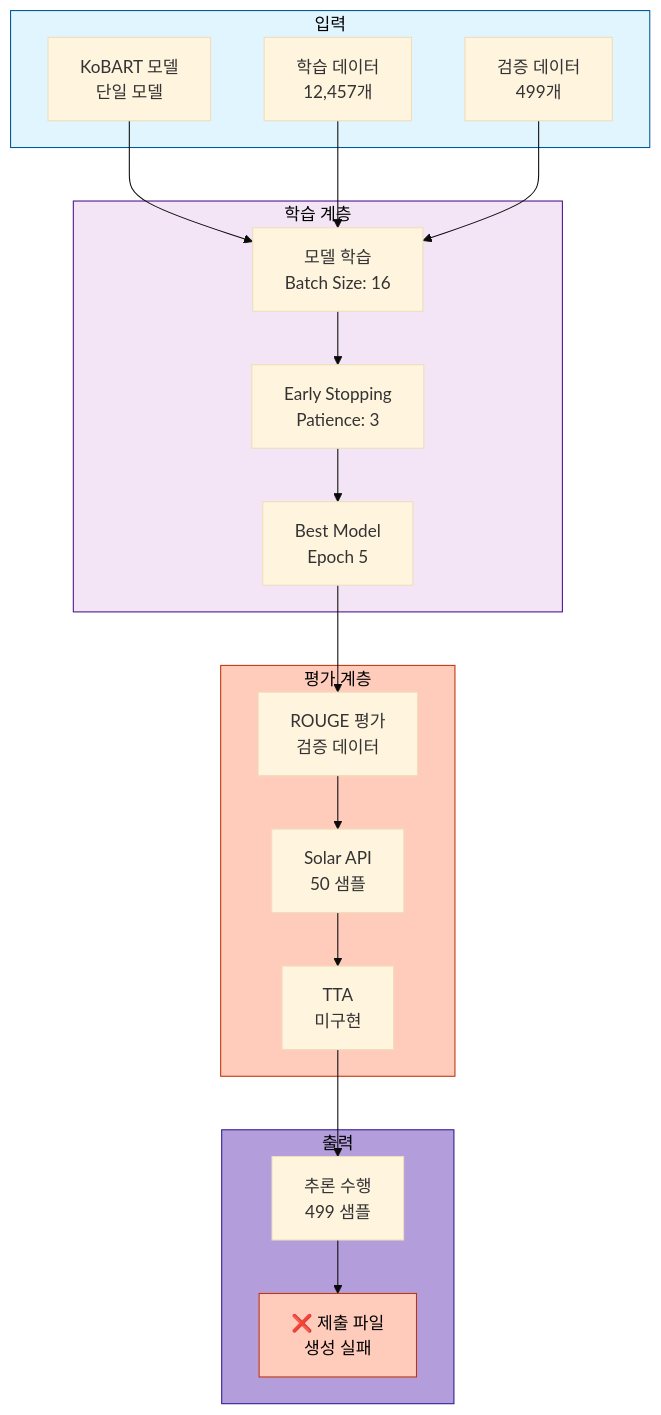
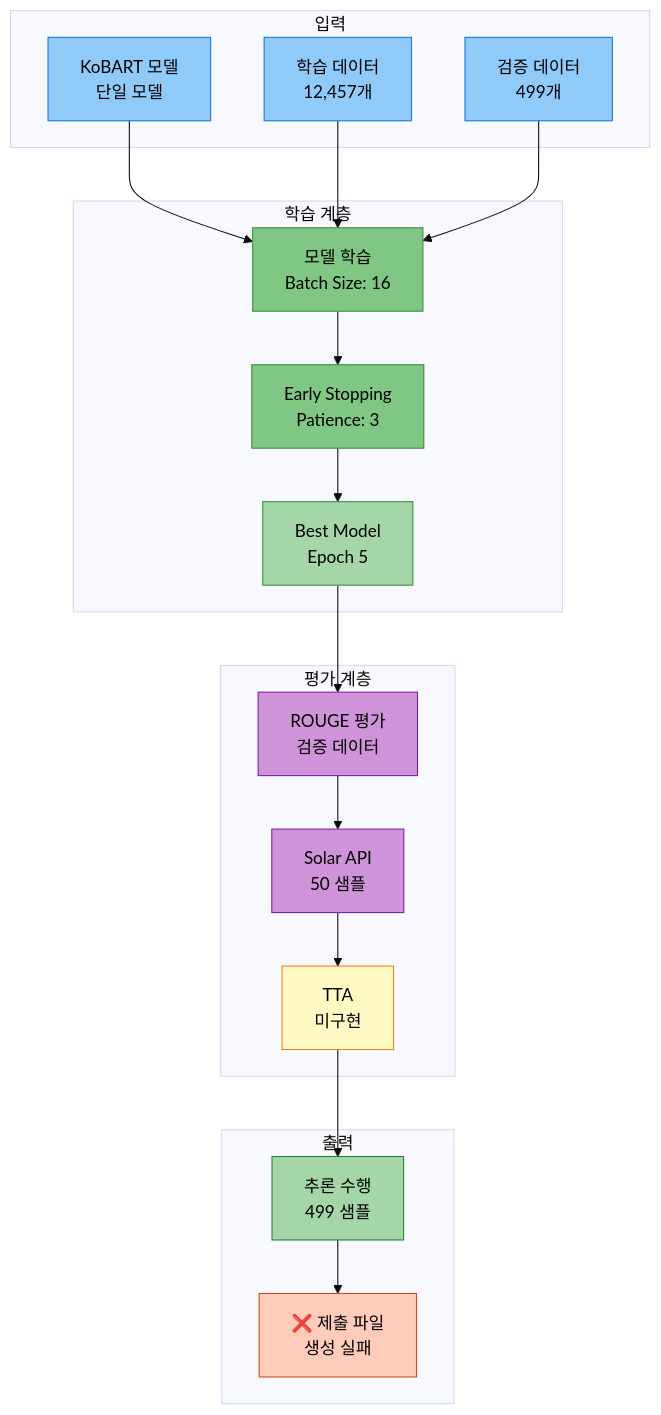
Before and after one commit to AIBootcamp14/naturallanguageprocessingcompetition-nlp-1: the first of 15 diagrams in docs/experiments/20251013_111525_strategy1_kobart_optimized_실험분석.md, drawn with Mermaid (base theme). The commit also changed other lines of this file, not shown here.

Commit message:
fix: 실험 분석 문서 mermaid 스타일 수정   - 모든 mermaid 다이어그램을 개별 노드 스타일 형식으로 변경   - subgraph 스타일 제거, 개별 노드별 색상 적용   - 20251012 문서 스타일 형식에 맞춰 통일   - experiments_style.md의 모든 예시 코드도 동일하게 수정

````diff
--- a/docs/experiments/20251013_111525_strategy1_kobart_optimized_실험분석.md
+++ b/docs/experiments/20251013_111525_strategy1_kobart_optimized_실험분석.md
@@ -25,45 +25,50 @@
 ```mermaid
 graph TB
     subgraph Input["입력"]
         A[KoBART 모델<br/>단일 모델]
         B[학습 데이터<br/>12,457개]
         C[검증 데이터<br/>499개]
     end
 
     subgraph Training["학습 계층"]
         D[모델 학습<br/>Batch Size: 16]
         E[Early Stopping<br/>Patience: 3]
         F[Best Model<br/>Epoch 5]
     end
 
     subgraph Evaluation["평가 계층"]
         G[ROUGE 평가<br/>검증 데이터]
         H[Solar API<br/>50 샘플]
         I[TTA<br/>미구현]
     end
 
     subgraph Output["출력"]
         J[추론 수행<br/>499 샘플]
         K[❌ 제출 파일<br/>생성 실패]
     end
 
     A --> D
     B --> D
     C --> D
 
     D --> E
     E --> F
     F --> G
     G --> H
     H --> I
 
     I --> J
     J --> K
 
-    style Input fill:#e1f5ff,stroke:#01579b,color:#000
-    style Training fill:#f3e5f5,stroke:#4a148c,color:#000
-    style Evaluation fill:#ffccbc,stroke:#bf360c,color:#000
-    style Output fill:#b39ddb,stroke:#311b92,color:#000
-
-    style K fill:#ffccbc,stroke:#bf360c,color:#000
+    style A fill:#90caf9,stroke:#1976d2,color:#000
+    style B fill:#90caf9,stroke:#1976d2,color:#000
+    style C fill:#90caf9,stroke:#1976d2,color:#000
+    style D fill:#81c784,stroke:#388e3c,color:#000
+    style E fill:#81c784,stroke:#388e3c,color:#000
+    style F fill:#a5d6a7,stroke:#388e3c,color:#000
+    style G fill:#ce93d8,stroke:#7b1fa2,color:#000
+    style H fill:#ce93d8,stroke:#7b1fa2,color:#000
+    style I fill:#fff9c4,stroke:#f57f17,color:#000
+    style J fill:#a5d6a7,stroke:#2e7d32,color:#000
+    style K fill:#ffccbc,stroke:#d84315,color:#000
 ```
````
